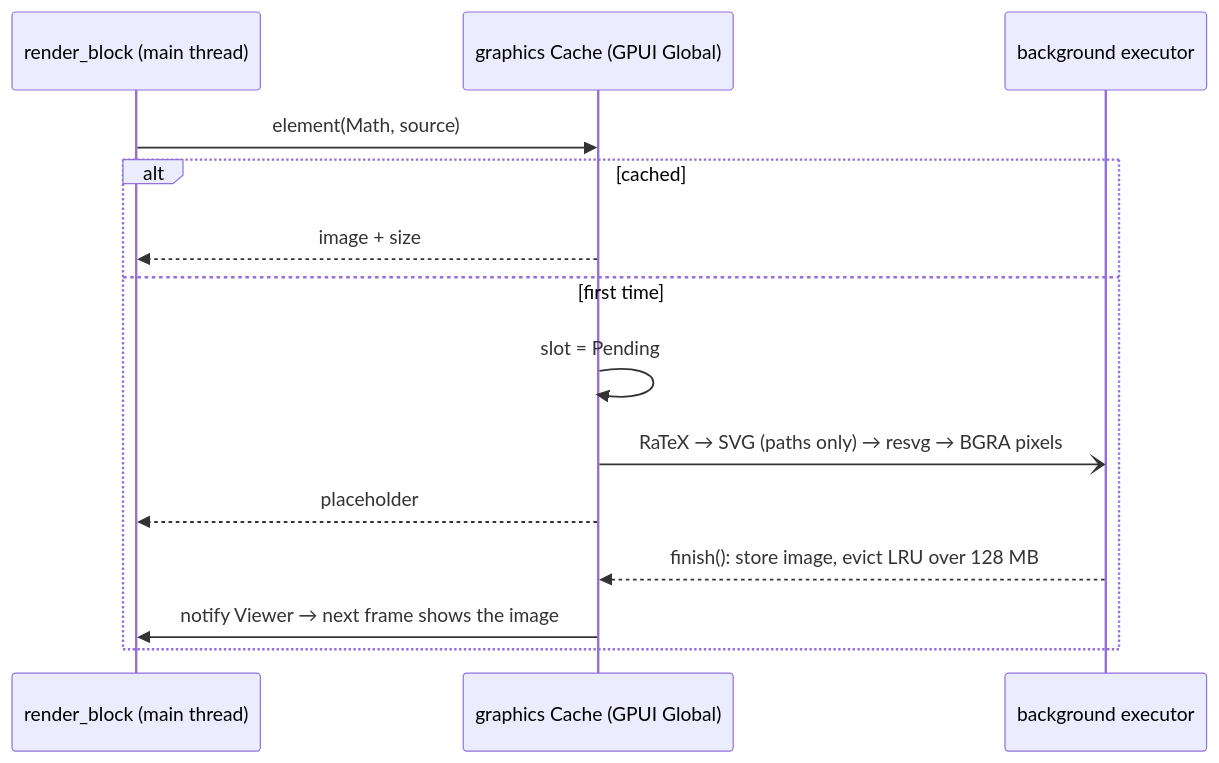
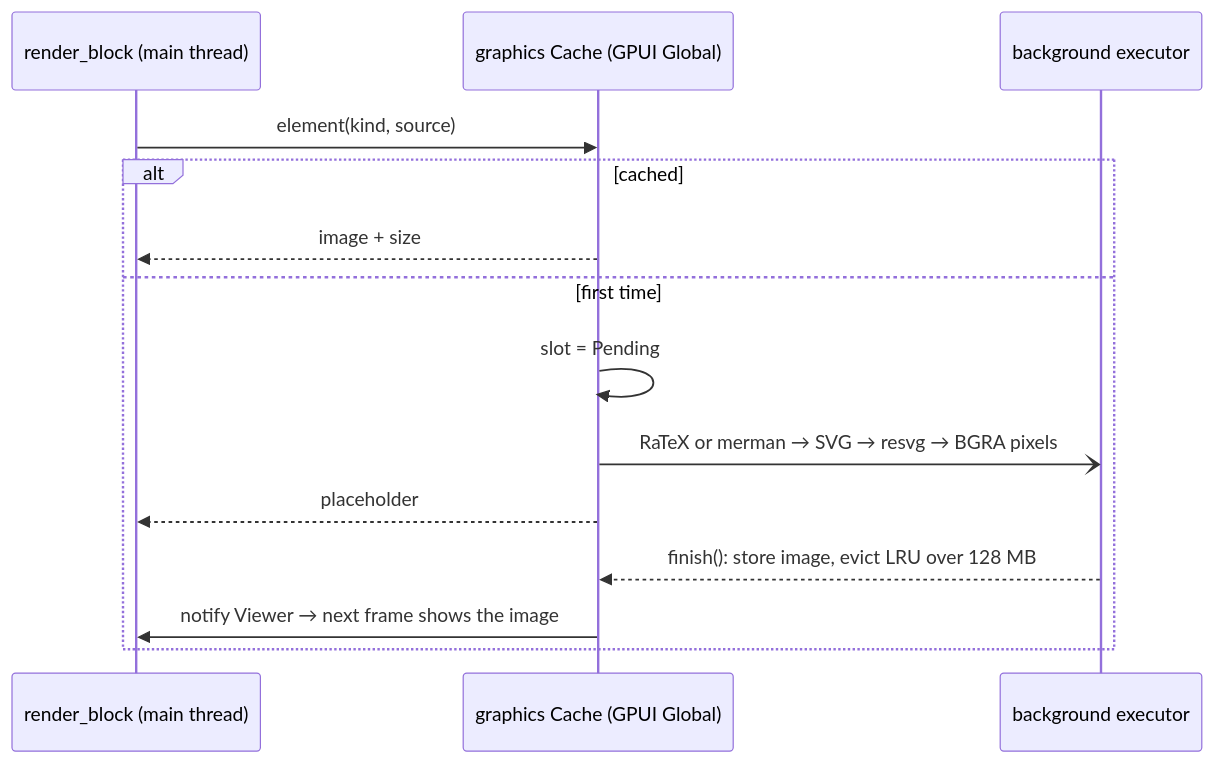
One commit to JorgeAgar/markdown-viewer-zed changed the second of 2 diagrams in docs/rendering.md. Above: the diagram before and after it, drawn with Mermaid. The commit also changed other lines of this file and 11 other files, not shown here.

````diff
--- a/docs/rendering.md
+++ b/docs/rendering.md
@@ -121,16 +150,16 @@
 ```mermaid
 sequenceDiagram
     participant R as render_block (main thread)
     participant C as graphics Cache (GPUI Global)
     participant BG as background executor
-    R->>C: element(Math, source)
+    R->>C: element(kind, source)
     alt cached
         C-->>R: image + size
     else first time
         C->>C: slot = Pending
-        C-)BG: RaTeX → SVG (paths only) → resvg → BGRA pixels
+        C-)BG: RaTeX or merman → SVG → resvg → BGRA pixels
         C-->>R: placeholder
         BG-->>C: finish(): store image, evict LRU over 128 MB
         C->>R: notify Viewer → next frame shows the image
     end
 ```
````
